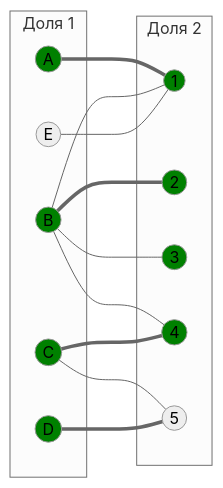
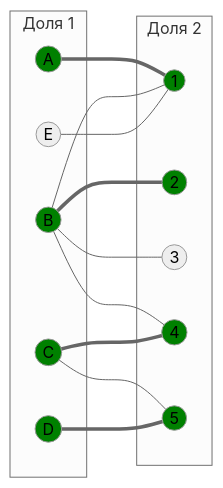
The seventh of 11 diagrams in Задание 8/syndicate.md (algos-ris-24-3/manual-tasks), drawn with Mermaid (neutral theme) before and after one commit. The commit also changed other lines of this file, not shown here.

````diff
--- a/Задание 8/syndicate.md
+++ b/Задание 8/syndicate.md
@@ -263,35 +265,35 @@
 ```mermaid
 graph LR
     subgraph "Доля 1"
         A((A))
         B((B))
         C((C))
         D((D))
         E((E))
     end
     subgraph "Доля 2"
         1((1))
         2((2))
         3((3))
         4((4))
         5((5))
     end
     A === 1
     B --- 1
     B === 2
     B --- 3
     B --- 4
     C === 4
     C --- 5
     D === 5
     E --- 1
 
     style A fill:#008000
     style B fill:#008000
     style C fill:#008000
     style D fill:#008000
     style 1 fill:#008000
     style 2 fill:#008000
-    style 3 fill:#008000
     style 4 fill:#008000
+    style 5 fill:#008000
 ```
````
